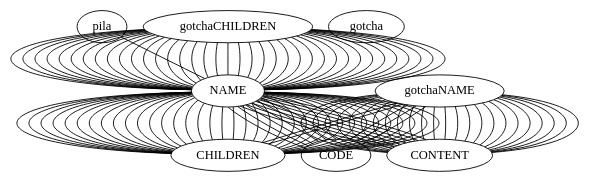
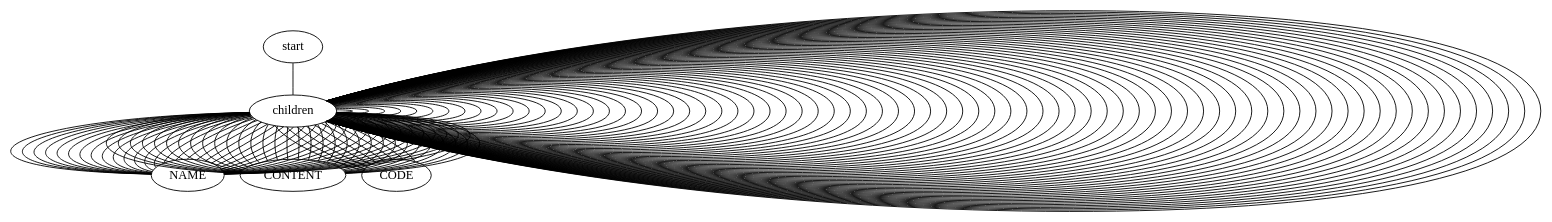
One commit to joaocarduarte/COMP changed the diagram in dotfile.dot. Above: the diagram before and after it, drawn with Graphviz. The commit also changed 26 other files, not shown here.

```diff
--- a/dotfile.dot
+++ b/dotfile.dot
@@ -1,119 +1,157 @@
 graph graphname {
-pila--NAME
-gotchaNAME--CHILDREN
-gotchaCHILDREN--NAME
-gotchaNAME--CONTENT
-NAME--CHILDREN
-gotchaCHILDREN--NAME
-gotchaNAME--CONTENT
-NAME--CHILDREN
-gotchaCHILDREN--NAME
-gotchaNAME--CONTENT
-NAME--CODE
-NAME--CHILDREN
-gotchaCHILDREN--NAME
-gotchaNAME--CONTENT
-NAME--CODE
-NAME--CHILDREN
-gotchaCHILDREN--NAME
-NAME--CODE
-NAME--CHILDREN
-gotchaCHILDREN--NAME
-gotchaNAME--CODE
-NAME--CHILDREN
-gotchaCHILDREN--NAME
-gotchaNAME--CONTENT
-NAME--CHILDREN
-gotchaCHILDREN--NAME
-NAME--CONTENT
-NAME--CHILDREN
-gotchaCHILDREN--NAME
-gotchaNAME--CONTENT
-NAME--CHILDREN
-gotchaCHILDREN--NAME
-gotchaNAME--CONTENT
-NAME--CHILDREN
-gotchaCHILDREN--NAME
-NAME--CONTENT
-NAME--CHILDREN
-gotchaCHILDREN--NAME
-gotchaNAME--CONTENT
-NAME--CHILDREN
-gotchaCHILDREN--NAME
-gotchaNAME--CONTENT
-NAME--CHILDREN
-gotchaCHILDREN--NAME
-gotchaNAME--CONTENT
-NAME--CODE
-NAME--CHILDREN
-gotchaCHILDREN--NAME
-gotchaNAME--CONTENT
-NAME--CHILDREN
-gotchaCHILDREN--NAME
-gotchaNAME--CONTENT
-NAME--CODE
-NAME--CHILDREN
-gotchaCHILDREN--NAME
-NAME--CONTENT
-NAME--CHILDREN
-gotchaCHILDREN--NAME
-gotchaNAME--CONTENT
-NAME--CHILDREN
-gotchaCHILDREN--NAME
-gotchaNAME--CONTENT
-NAME--CHILDREN
-gotchaCHILDREN--NAME
-gotchaNAME--CHILDREN
-gotchaCHILDREN--NAME
-gotchaNAME--CODE
-NAME--CHILDREN
-gotchaCHILDREN--NAME
-gotchaNAME--CONTENT
-NAME--CHILDREN
-gotchaCHILDREN--NAME
-gotchaNAME--CODE
-NAME--CHILDREN
-gotchaCHILDREN--NAME
-NAME--CONTENT
-NAME--CHILDREN
-gotchaCHILDREN--NAME
-NAME--CONTENT
-NAME--CHILDREN
-gotchaCHILDREN--NAME
-gotchaNAME--CONTENT
-NAME--CHILDREN
-gotchaCHILDREN--NAME
-gotchaNAME--CONTENT
-NAME--CHILDREN
-gotchaCHILDREN--NAME
-NAME--CONTENT
-NAME--CHILDREN
-gotchaCHILDREN--NAME
-gotchaNAME--CONTENT
-NAME--CHILDREN
-gotchaCHILDREN--NAME
-gotchaNAME--CONTENT
-NAME--CHILDREN
-gotchaCHILDREN--NAME
-gotchaNAME--CONTENT
-NAME--CHILDREN
-gotchaCHILDREN--NAME
-NAME--CONTENT
-NAME--CHILDREN
-gotchaCHILDREN--NAME
-NAME--CONTENT
-NAME--CHILDREN
-gotchaCHILDREN--NAME
-gotchaNAME--CONTENT
-NAME--CHILDREN
-gotchaCHILDREN--NAME
-gotchaNAME--CONTENT
-NAME--CODE
-NAME--CHILDREN
-gotchaCHILDREN--NAME
-gotchaNAME--CONTENT
-NAME--CHILDREN
-gotchaCHILDREN--NAME
-gotchaNAME--CONTENT
-NAME--CHILDREN
-gotcha}
+start--children
+children--NAME
+children--children
+children--children
+children--NAME
+children--CONTENT
+children--children
+children--children
+children--NAME
+children--CONTENT
+children--children
+children--children
+children--NAME
+children--CONTENT
+children--CODE
+children--children
+children--children
+children--NAME
+children--CONTENT
+children--CODE
+children--children
+children--children
+children--NAME
+children--CODE
+children--children
+children--children
+children--NAME
+children--CODE
+children--children
+children--children
+children--NAME
+children--CONTENT
+children--children
+children--children
+children--NAME
+children--CONTENT
+children--children
+children--children
+children--NAME
+children--CONTENT
+children--children
+children--children
+children--NAME
+children--CONTENT
+children--children
+children--children
+children--NAME
+children--CONTENT
+children--children
+children--children
+children--NAME
+children--CONTENT
+children--children
+children--children
+children--NAME
+children--CONTENT
+children--children
+children--children
+children--NAME
+children--CONTENT
+children--CODE
+children--children
+children--children
+children--NAME
+children--CONTENT
+children--children
+children--children
+children--NAME
+children--CONTENT
+children--CODE
+children--children
+children--children
+children--NAME
+children--CONTENT
+children--children
+children--children
+children--NAME
+children--CONTENT
+children--children
+children--children
+children--NAME
+children--CONTENT
+children--children
+children--children
+children--NAME
+children--children
+children--children
+children--NAME
+children--CODE
+children--children
+children--children
+children--NAME
+children--CONTENT
+children--children
+children--children
+children--NAME
+children--CODE
+children--children
+children--children
+children--NAME
+children--CONTENT
+children--children
+children--children
+children--NAME
+children--CONTENT
+children--children
+children--children
+children--NAME
+children--CONTENT
+children--children
+children--children
+children--NAME
+children--CONTENT
+children--children
+children--children
+children--NAME
+children--CONTENT
+children--children
+children--children
+children--NAME
+children--CONTENT
+children--children
+children--children
+children--NAME
+children--CONTENT
+children--children
+children--children
+children--NAME
+children--CONTENT
+children--children
+children--children
+children--NAME
+children--CONTENT
+children--children
+children--children
+children--NAME
+children--CONTENT
+children--children
+children--children
+children--NAME
+children--CONTENT
+children--children
+children--children
+children--NAME
+children--CONTENT
+children--CODE
+children--children
+children--children
+children--NAME
+children--CONTENT
+children--children
+children--children
+children--NAME
+children--CONTENT
+children--children
+}
```
